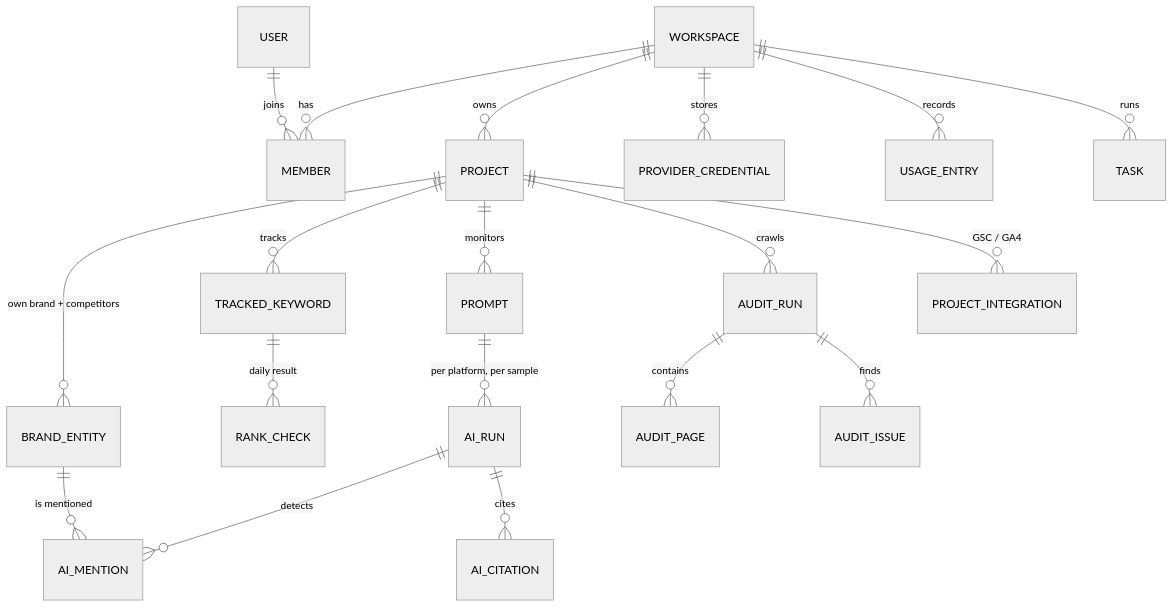
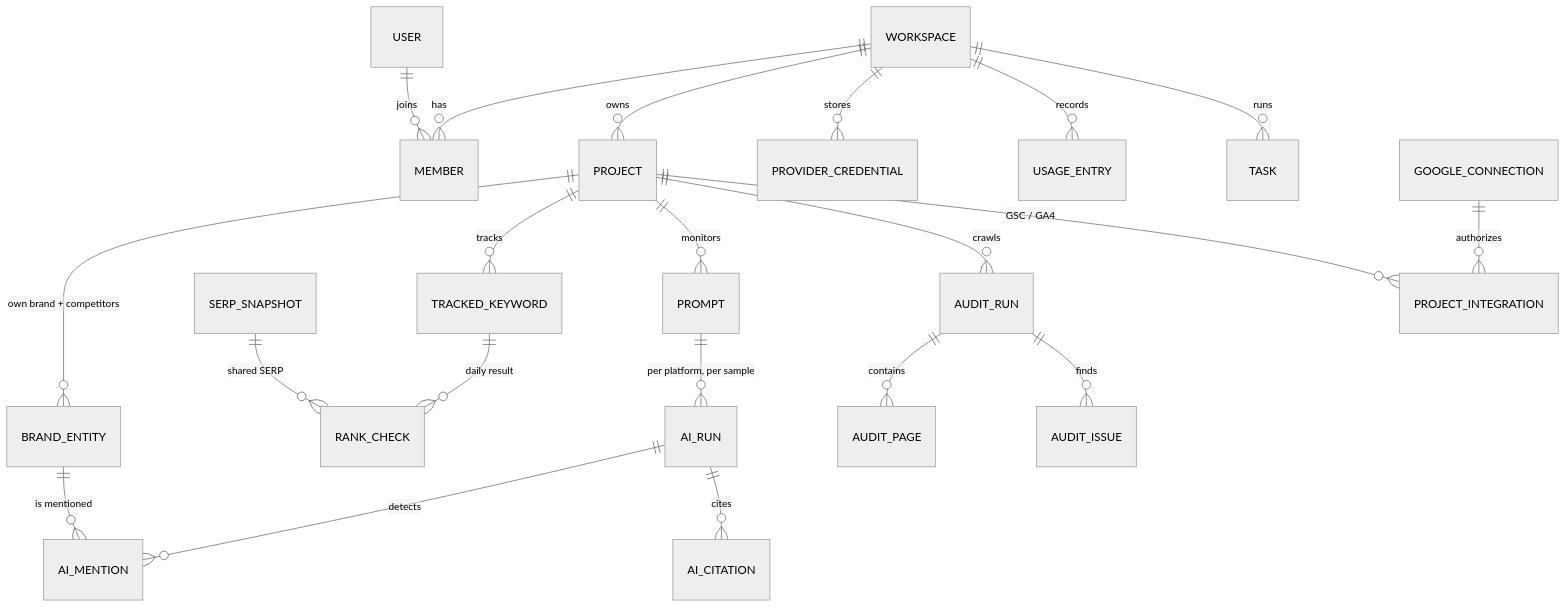
One commit to korkmaz60/SEO-GEO changed the diagram in docs/data-model.md. Above: the diagram before and after it, drawn with Mermaid (neutral theme). The commit also changed other lines of this file and 8 other files, not shown here.

````diff
--- a/docs/data-model.md
+++ b/docs/data-model.md
@@ -25,21 +25,23 @@
 ```mermaid
 erDiagram
     WORKSPACE ||--o{ MEMBER : has
     USER ||--o{ MEMBER : joins
     WORKSPACE ||--o{ PROJECT : owns
     WORKSPACE ||--o{ PROVIDER_CREDENTIAL : stores
     WORKSPACE ||--o{ USAGE_ENTRY : records
     WORKSPACE ||--o{ TASK : runs
     PROJECT ||--o{ BRAND_ENTITY : "own brand + competitors"
     PROJECT ||--o{ TRACKED_KEYWORD : tracks
     TRACKED_KEYWORD ||--o{ RANK_CHECK : "daily result"
+    SERP_SNAPSHOT ||--o{ RANK_CHECK : "shared SERP"
     PROJECT ||--o{ PROMPT : monitors
     PROMPT ||--o{ AI_RUN : "per platform, per sample"
     AI_RUN ||--o{ AI_MENTION : detects
     AI_RUN ||--o{ AI_CITATION : cites
     BRAND_ENTITY ||--o{ AI_MENTION : "is mentioned"
     PROJECT ||--o{ AUDIT_RUN : crawls
     AUDIT_RUN ||--o{ AUDIT_PAGE : contains
     AUDIT_RUN ||--o{ AUDIT_ISSUE : finds
     PROJECT ||--o{ PROJECT_INTEGRATION : "GSC / GA4"
+    GOOGLE_CONNECTION ||--o{ PROJECT_INTEGRATION : authorizes
 ```
````
